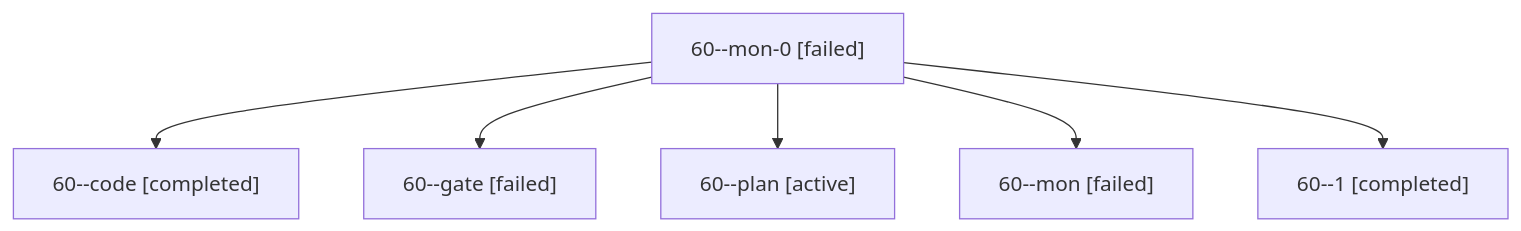
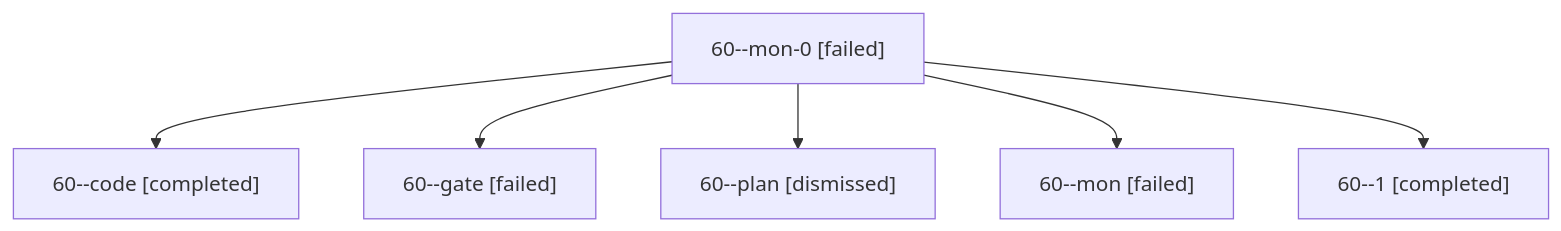
The diagram in sessions/bbugyi200.apollo.60.md (sase-org/sase--agents), drawn with Mermaid before and after one commit. The commit also changed other lines of this file and 17 other files, not shown here.

````diff
--- a/sessions/bbugyi200.apollo.60.md
+++ b/sessions/bbugyi200.apollo.60.md
@@ -9,14 +9,14 @@
 ```mermaid
 flowchart TD
   n0["60--mon-0 [failed]"]
   n1["60--code [completed]"]
   n0 --> n1
   n2["60--gate [failed]"]
   n0 --> n2
-  n3["60--plan [active]"]
+  n3["60--plan [dismissed]"]
   n0 --> n3
   n4["60--mon [failed]"]
   n0 --> n4
   n5["60--1 [completed]"]
   n0 --> n5
 ```
````
